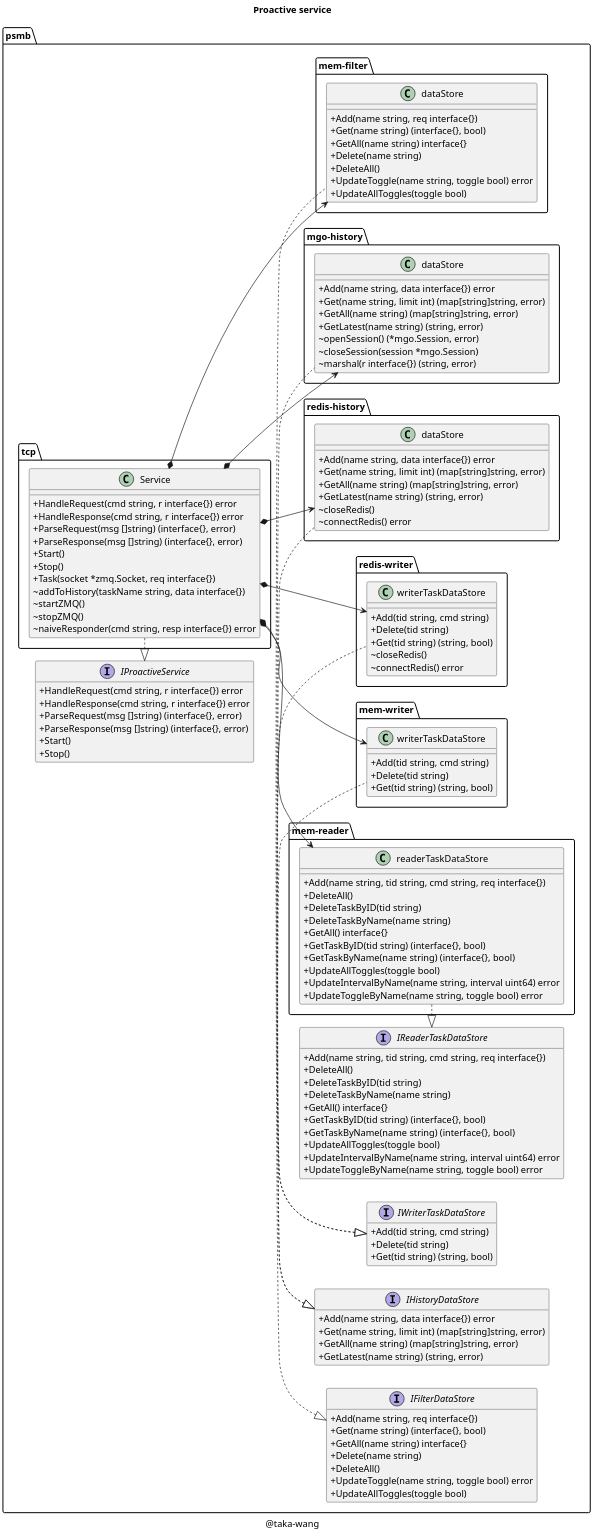
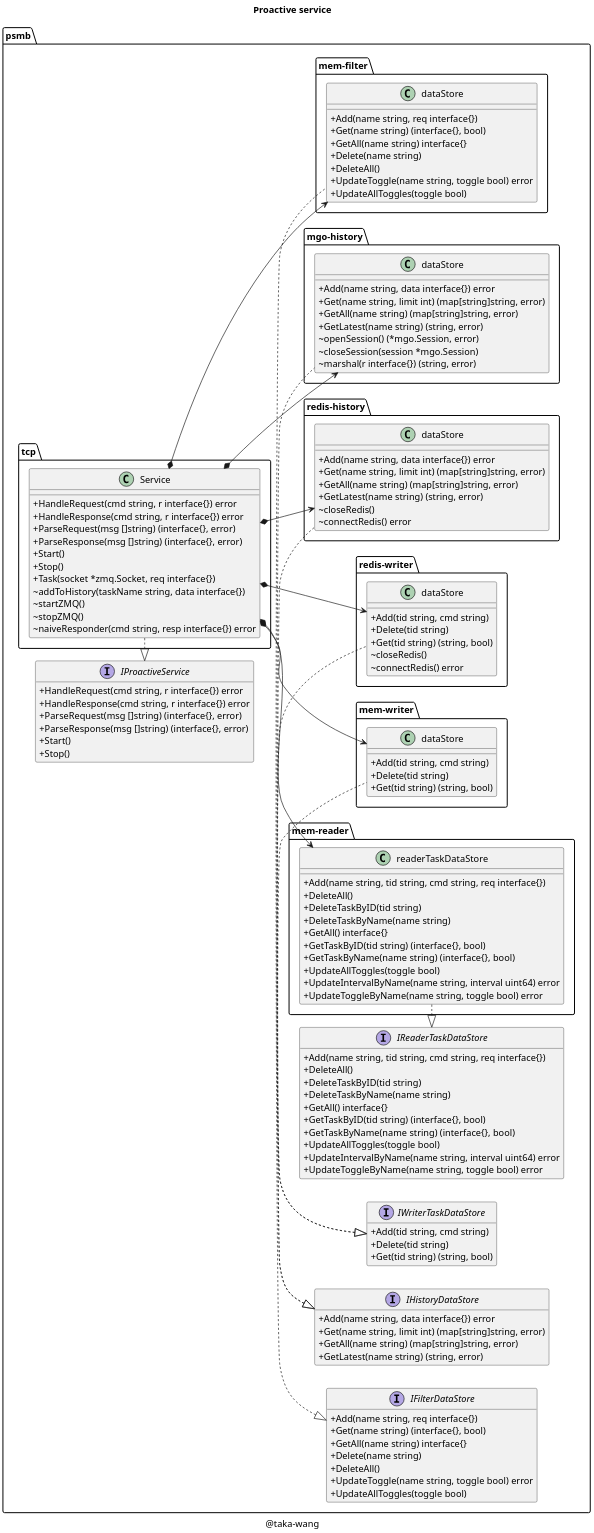
One commit to taka-wang/puml changed the diagram in class/psmb.puml. Above: the diagram before and after it, drawn with PlantUML.

Commit message:
update uml

```diff
--- a/class/psmb.puml
+++ b/class/psmb.puml
@@ -1,155 +1,155 @@
 @startuml
 
 set namespaceSeparator /
 scale 1920 width
 
 title Proactive service
 
 skinparam classAttributeIconSize 0
 
 ' implemented
 "psmb/IReaderTaskDataStore" <|. "psmb/mem-reader/readerTaskDataStore"
-"psmb/IWriterTaskDataStore" <|. "psmb/mem-writer/writerTaskDataStore"
-"psmb/IWriterTaskDataStore" <|. "psmb/redis-writer/writerTaskDataStore"
+"psmb/IWriterTaskDataStore" <|. "psmb/mem-writer/dataStore"
+"psmb/IWriterTaskDataStore" <|. "psmb/redis-writer/dataStore"
 "psmb/IHistoryDataStore" <|. "psmb/redis-history/dataStore"
 "psmb/IHistoryDataStore" <|. "psmb/mgo-history/dataStore"
 "psmb/IProactiveService" <|. "psmb/tcp/Service"
 "psmb/IFilterDataStore" <|. "psmb/mem-filter/dataStore"
 
 ' composition
-"psmb/tcp/Service"  *-->  "psmb/mem-writer/writerTaskDataStore"
-"psmb/tcp/Service"  *-->  "psmb/redis-writer/writerTaskDataStore"
+"psmb/tcp/Service"  *-->  "psmb/mem-writer/dataStore"
+"psmb/tcp/Service"  *-->  "psmb/redis-writer/dataStore"
 "psmb/tcp/Service"  *-->  "psmb/redis-history/dataStore"
 "psmb/tcp/Service"  *-->  "psmb/mgo-history/dataStore"
 "psmb/tcp/Service"  *-->  "psmb/mem-reader/readerTaskDataStore"
 "psmb/tcp/Service"  *-->  "psmb/mem-filter/dataStore"
 
-class psmb/redis-writer/writerTaskDataStore {
+class psmb/redis-writer/dataStore {
     +Add(tid string, cmd string)
     +Delete(tid string)
     +Get(tid string) (string, bool)
     ~closeRedis()
     ~connectRedis() error
 }
 
-class psmb/mem-writer/writerTaskDataStore {
+class psmb/mem-writer/dataStore {
     +Add(tid string, cmd string)
     +Delete(tid string)
     +Get(tid string) (string, bool)
 }
 
 class psmb/mem-reader/readerTaskDataStore {
     +Add(name string, tid string, cmd string, req interface{})
     +DeleteAll()
     +DeleteTaskByID(tid string)
     +DeleteTaskByName(name string)
     +GetAll() interface{}
     +GetTaskByID(tid string) (interface{}, bool)
     +GetTaskByName(name string) (interface{}, bool)
     +UpdateAllToggles(toggle bool)
     +UpdateIntervalByName(name string, interval uint64) error
     +UpdateToggleByName(name string, toggle bool) error
 }
 
 class psmb/redis-history/dataStore {
     +Add(name string, data interface{}) error
     +Get(name string, limit int) (map[string]string, error)
     +GetAll(name string) (map[string]string, error)
     +GetLatest(name string) (string, error)
     ~closeRedis()
     ~connectRedis() error
 }
 
 class psmb/mgo-history/dataStore {
     +Add(name string, data interface{}) error
     +Get(name string, limit int) (map[string]string, error)
     +GetAll(name string) (map[string]string, error)
     +GetLatest(name string) (string, error)
     ~openSession() (*mgo.Session, error)
     ~closeSession(session *mgo.Session)
     ~marshal(r interface{}) (string, error)
 }
 
 class psmb/tcp/Service {
     +HandleRequest(cmd string, r interface{}) error
     +HandleResponse(cmd string, r interface{}) error
     +ParseRequest(msg []string) (interface{}, error)
     +ParseResponse(msg []string) (interface{}, error)
     +Start()
     +Stop()
     +Task(socket *zmq.Socket, req interface{})
     ~addToHistory(taskName string, data interface{})
     ~startZMQ()
     ~stopZMQ()
     ~naiveResponder(cmd string, resp interface{}) error
 }
 
 class psmb/mem-filter/dataStore {
 	+Add(name string, req interface{})
 	+Get(name string) (interface{}, bool)
 	+GetAll(name string) interface{}
 	+Delete(name string)
 	+DeleteAll()
 	+UpdateToggle(name string, toggle bool) error
 	+UpdateAllToggles(toggle bool)
 }
 
 interface psmb/IHistoryDataStore {
     +Add(name string, data interface{}) error
     +Get(name string, limit int) (map[string]string, error)
     +GetAll(name string) (map[string]string, error)
     +GetLatest(name string) (string, error)
 }
 
 interface psmb/IReaderTaskDataStore {
     +Add(name string, tid string, cmd string, req interface{})
     +DeleteAll()
     +DeleteTaskByID(tid string)
     +DeleteTaskByName(name string)
     +GetAll() interface{}
     +GetTaskByID(tid string) (interface{}, bool)
     +GetTaskByName(name string) (interface{}, bool)
     +UpdateAllToggles(toggle bool)
     +UpdateIntervalByName(name string, interval uint64) error
     +UpdateToggleByName(name string, toggle bool) error
 }
 
 interface psmb/IFilterDataStore {
 	+Add(name string, req interface{})
 	+Get(name string) (interface{}, bool)
 	+GetAll(name string) interface{}
 	+Delete(name string)
 	+DeleteAll()
 	+UpdateToggle(name string, toggle bool) error
 	+UpdateAllToggles(toggle bool)
 }
 
 interface psmb/IWriterTaskDataStore {
     +Add(tid string, cmd string)
     +Delete(tid string)
     +Get(tid string) (string, bool)
 }
 
 interface psmb/IProactiveService {
     +HandleRequest(cmd string, r interface{}) error
     +HandleResponse(cmd string, r interface{}) error
     +ParseRequest(msg []string) (interface{}, error)
     +ParseResponse(msg []string) (interface{}, error)
     +Start()
     +Stop()
 }
 
 /'
 note top of psmb/IProactiveService : Proactive service contracts
 note top of psmb/IWriterTaskDataStore : Writer datastore contracts
 note top of psmb/IReaderTaskDataStore : Reader datastore contracts
 note top of psmb/IHistoryDataStore : Historian datastore contracts
 '/
 
 left to right direction
 
 caption @taka-wang
 
 hide interface fields
 
 @enduml
```
